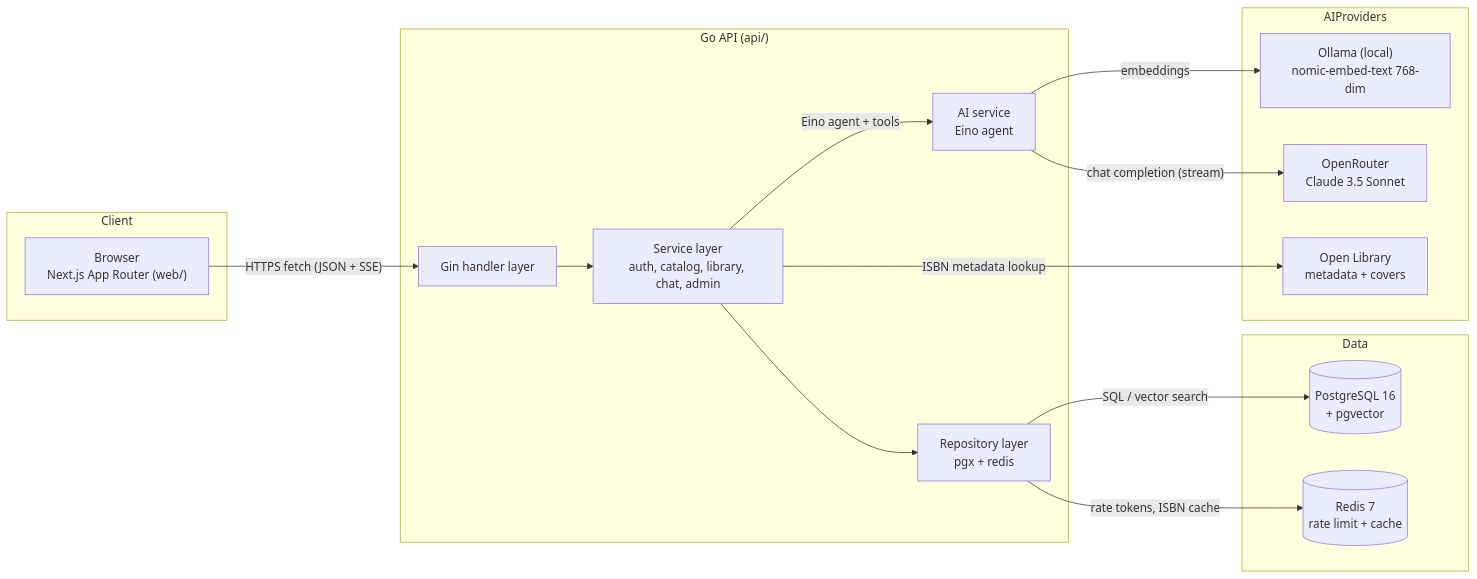
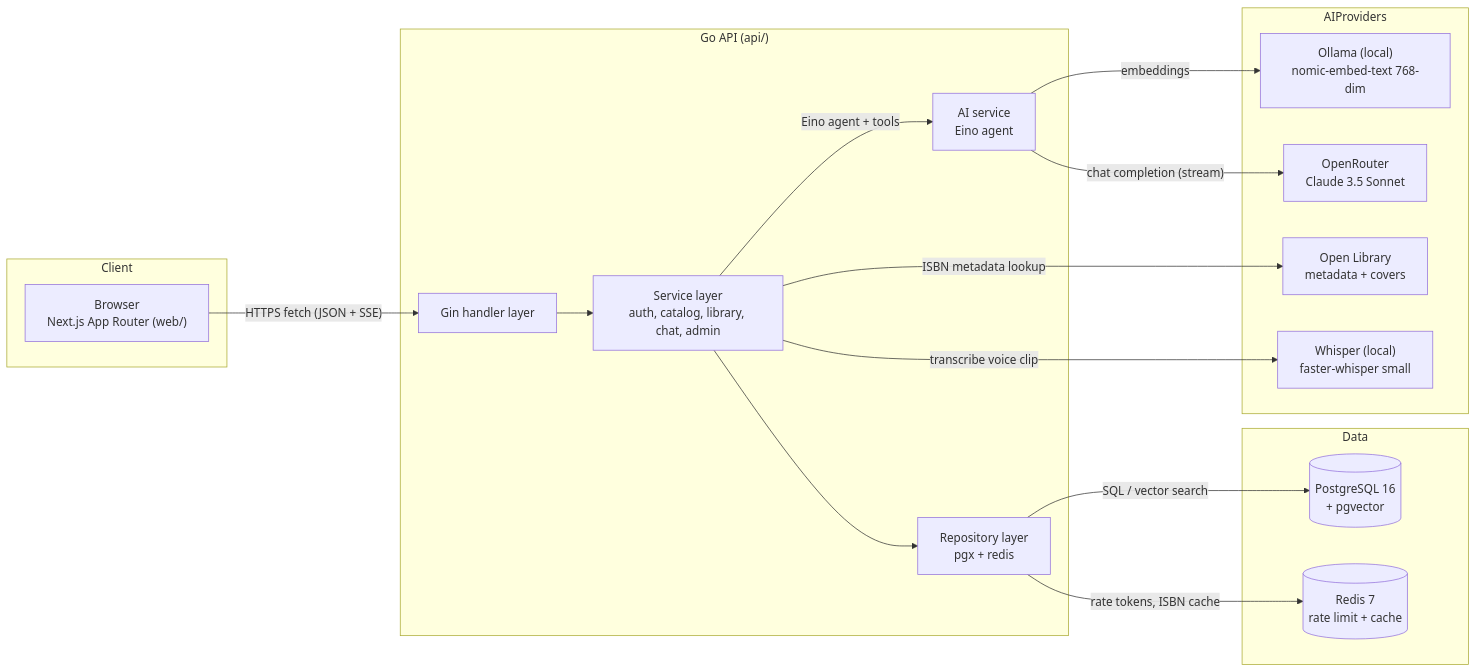
One commit to cattyman919/athenaeum changed the diagram in docs/README.md. Above: the diagram before and after it, drawn with Mermaid. The commit also changed other lines of this file and 13 other files, not shown here.

````diff
--- a/docs/README.md
+++ b/docs/README.md
@@ -127,30 +141,32 @@
 ```mermaid
 flowchart LR
     subgraph Client
         B["Browser<br/>Next.js App Router (web/)"]
     end
     subgraph Backend["Go API (api/)"]
         H["Gin handler layer"]
         S["Service layer<br/>auth, catalog, library, chat, admin"]
         R["Repository layer<br/>pgx + redis"]
         AI["AI service<br/>Eino agent"]
     end
     subgraph Data
         PG[("PostgreSQL 16<br/>+ pgvector")]
         RD[("Redis 7<br/>rate limit + cache")]
     end
     subgraph AIProviders
         OL["Ollama (local)<br/>nomic-embed-text 768-dim"]
         OR["OpenRouter<br/>Claude 3.5 Sonnet"]
         OL2["Open Library<br/>metadata + covers"]
+        WH["Whisper (local)<br/>faster-whisper small"]
     end
 
     B -- "HTTPS fetch (JSON + SSE)" --> H
     H --> S --> R
     S -- "Eino agent + tools" --> AI
     AI -- "embeddings" --> OL
     AI -- "chat completion (stream)" --> OR
     S -- "ISBN metadata lookup" --> OL2
+    S -- "transcribe voice clip" --> WH
     R -- "SQL / vector search" --> PG
     R -- "rate tokens, ISBN cache" --> RD
 ```
````
